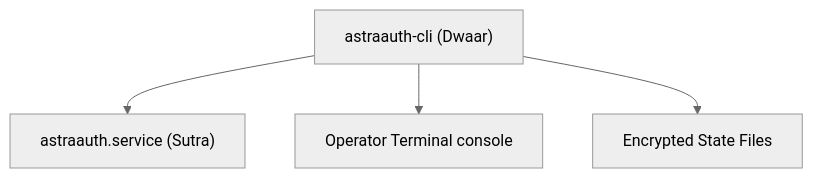
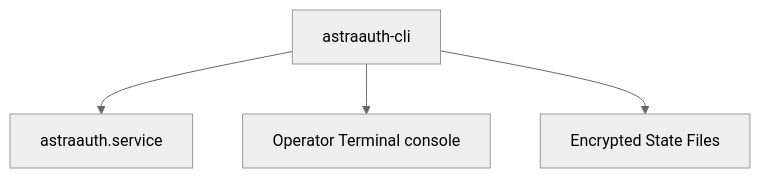
Before and after one commit to groverankur/Astra: diagram 14 of 17 in docs/about/package_detailed_references.md, drawn with Mermaid (neutral theme). The commit also changed other lines of this file and 59 other files, not shown here.

````diff
--- a/docs/about/package_detailed_references.md
+++ b/docs/about/package_detailed_references.md
@@ -340,11 +340,11 @@
 ```mermaid
 graph TD
-    CLI["astraauth-cli (Dwaar)"]
-    Sutra["astraauth.service (Sutra)"]
+    CLI["astraauth-cli"]
+    Service["astraauth.service"]
     Console["Operator Terminal console"]
     Backup["Encrypted State Files"]
 
-    CLI --> Sutra
+    CLI --> Service
     CLI --> Console
     CLI --> Backup
 ```
````
